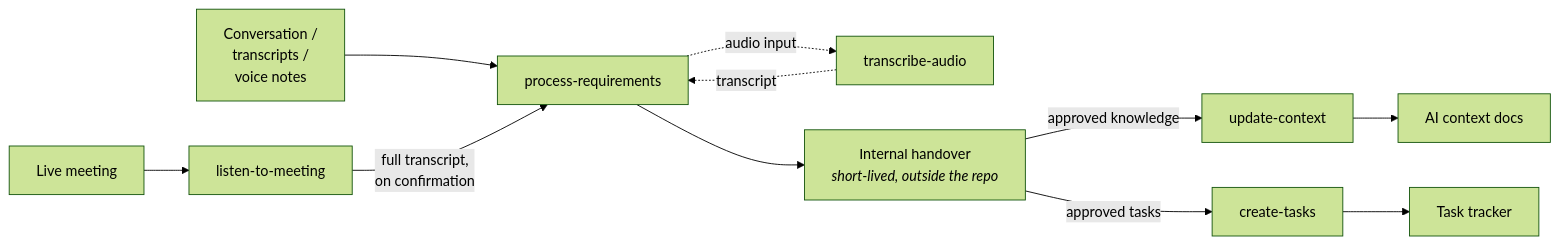
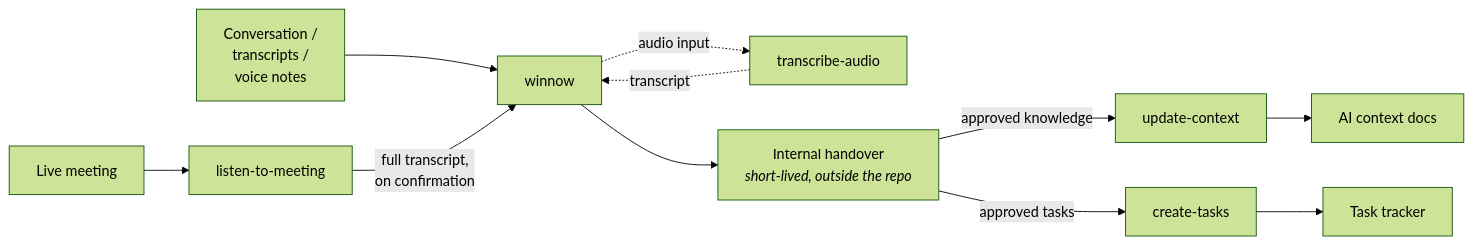
Before and after one commit to quiram/winnow: the diagram in README.md, drawn with Mermaid (forest theme). The commit also changed other lines of this file and 2 other files, not shown here.

First line of the commit message:
Document the winnow skill under its new name

````diff
--- a/README.md
+++ b/README.md
@@ -21,13 +21,13 @@
 ```mermaid
 flowchart LR
-    A[Conversation /<br/>transcripts /<br/>voice notes] --> P[process-requirements]
+    A[Conversation /<br/>transcripts /<br/>voice notes] --> P[winnow]
     M[Live meeting] --> L[listen-to-meeting]
     L -->|full transcript,<br/>on confirmation| P
     P -.->|audio input| TA[transcribe-audio]
     TA -.->|transcript| P
     P --> F[Internal handover<br/><i>short-lived, outside the repo</i>]
     F -->|approved knowledge| C[update-context]
     F -->|approved tasks| T[create-tasks]
     C --> D[AI context docs]
     T --> K[Task tracker]
 ```
````
